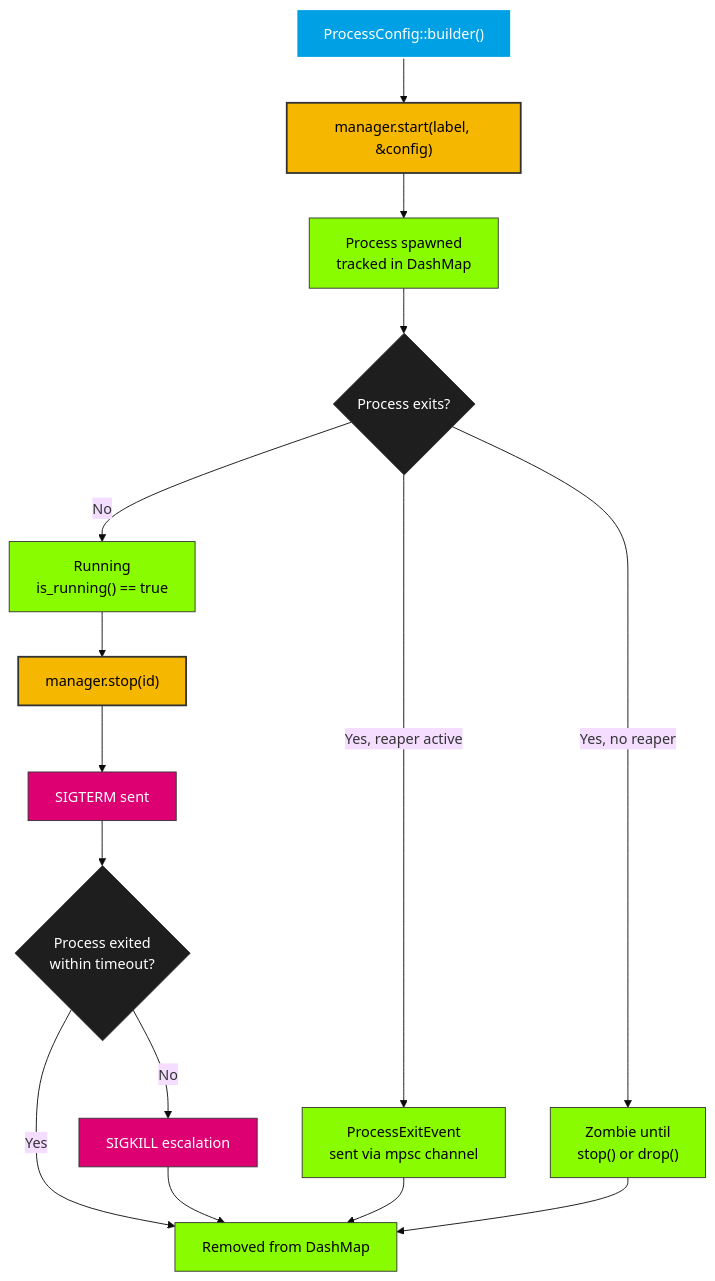
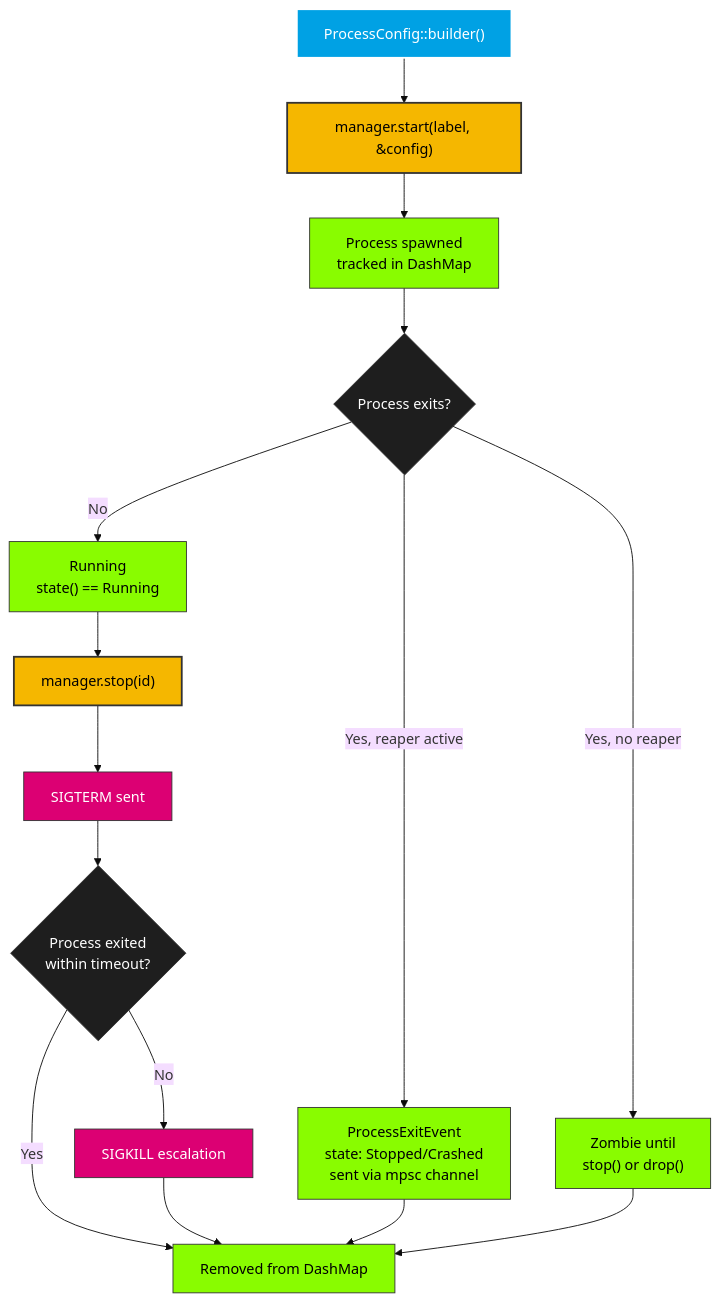
The second of 5 diagrams in book/src/architecture.md (smearor/process-manager), drawn with Mermaid (base theme) before and after one commit. The commit also changed other lines of this file and 15 other files, not shown here.

````diff
--- a/book/src/architecture.md
+++ b/book/src/architecture.md
@@ -58,34 +58,34 @@
 ```mermaid
 graph TD
     classDef default fill: #1e1e1e, stroke: #333333, stroke-width: 1px, color: #ffffff
     classDef config fill: #00a1e4, stroke: #ffffff, stroke-width: 2px, color: #ffffff
     classDef manager fill: #f5b700, stroke: #333333, stroke-width: 2px, color: #000000
     classDef state fill: #89fc00, stroke: #333333, stroke-width: 1px, color: #000
     classDef terminal fill: #dc0073, stroke: #333333, stroke-width: 1px, color: #ffffff
 
     A["ProcessConfig::builder()"] --> B["manager.start(label, &config)"]
     B --> C["Process spawned<br/>tracked in DashMap"]
     C --> D{Process exits?}
-    D -->|No| E["Running<br/>is_running() == true"]
-    D -->|Yes, reaper active| F["ProcessExitEvent<br/>sent via mpsc channel"]
+    D -->|No| E["Running<br/>state() == Running"]
+    D -->|Yes, reaper active| F["ProcessExitEvent<br/>state: Stopped/Crashed<br/>sent via mpsc channel"]
     D -->|Yes, no reaper| G["Zombie until<br/>stop() or drop()"]
     E --> H["manager.stop(id)"]
     H --> I["SIGTERM sent"]
     I --> J{Process exited<br/>within timeout?}
     J -->|Yes| K["Removed from DashMap"]
     J -->|No| L["SIGKILL escalation"]
     L --> K
     F --> K
     G --> K
 
     class A config
     class B manager
     class C state
     class E state
     class F state
     class G state
     class H manager
     class I terminal
     class L terminal
     class K state
 ```
````
